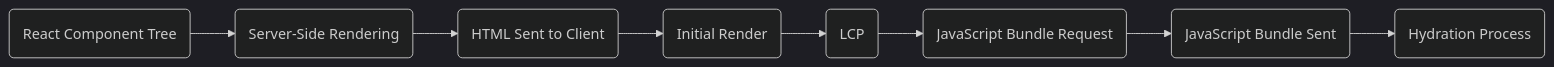
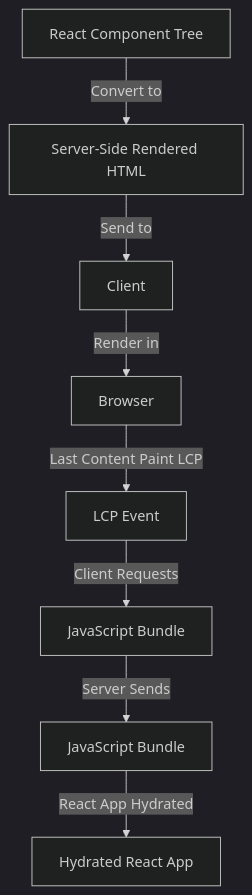
Before and after one commit to devziadahmed/SSR-from-scratch: the diagram in README.md, drawn with Mermaid (dark theme).

````diff
--- a/README.md
+++ b/README.md
@@ -5,10 +5,10 @@
 ```mermaid
-flowchart LR
-    A(React Component Tree) --> B(Server-Side Rendering)
-    B --> C(HTML Sent to Client)
-    C --> D(Initial Render)
-    D --> E(LCP)
-    E --> F(JavaScript Bundle Request)
-    F --> G(JavaScript Bundle Sent)
-    G --> H(Hydration Process)
+graph TD
+    A[React Component Tree] -->|Convert to| B[Server-Side Rendered HTML]
+    B -->|Send to| C[Client]
+    C -->|Render in| D[Browser]
+    D -->|Last Content Paint LCP | E[LCP Event]
+    E -->|Client Requests| F[JavaScript Bundle]
+    F -->|Server Sends| G[JavaScript Bundle]
+    G -->|React App Hydrated| H[Hydrated React App]
 ```
````
